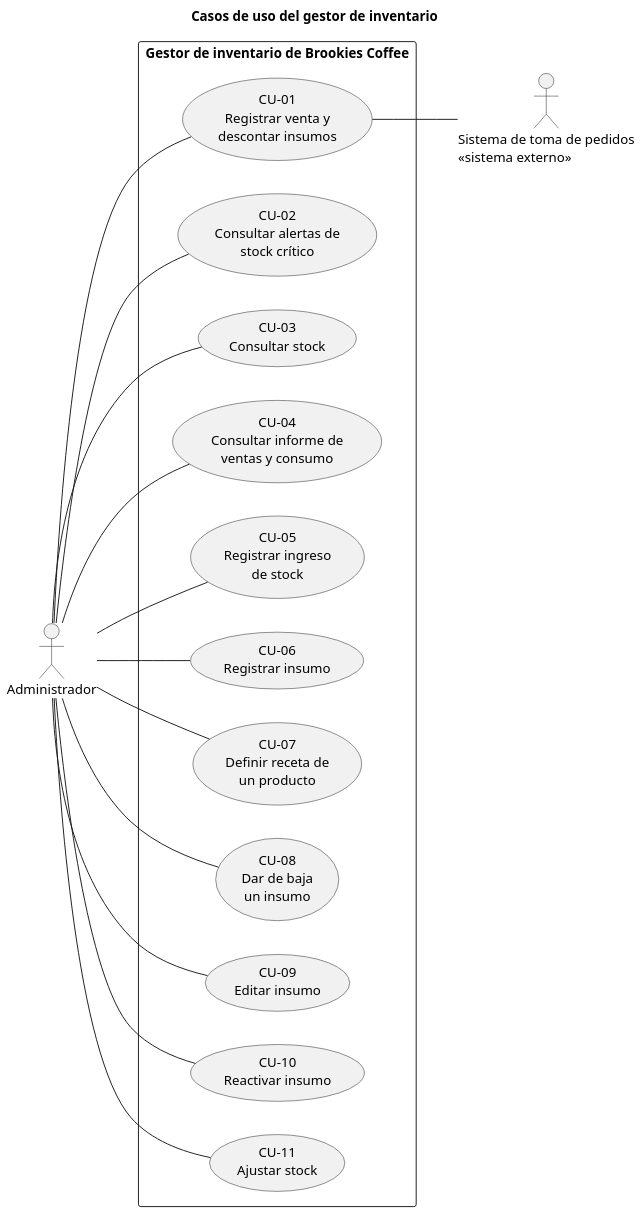
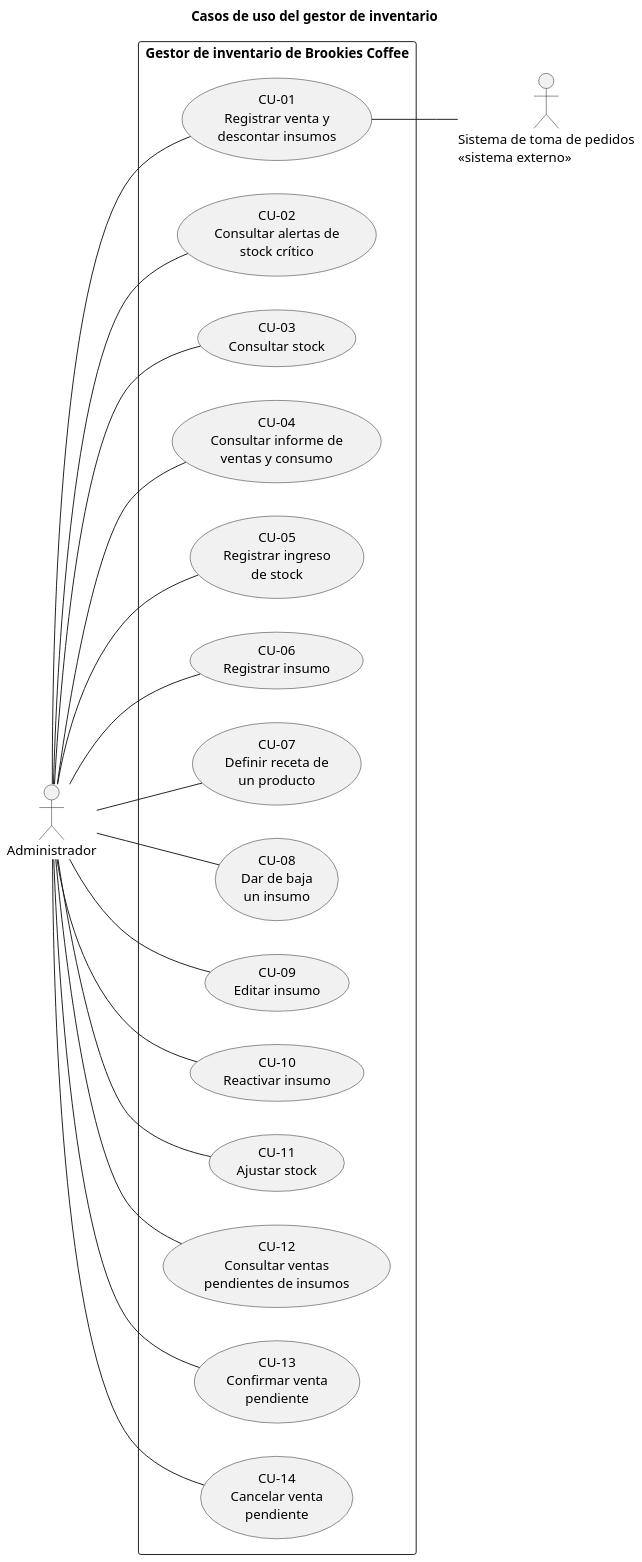
One commit to lambtto/Gestor-Inventario-Brookie changed the diagram in diagramas/casos-de-uso.puml. Above: the diagram before and after it, drawn with PlantUML.

```diff
--- a/diagramas/casos-de-uso.puml
+++ b/diagramas/casos-de-uso.puml
@@ -1,34 +1,40 @@
 @startuml casos-de-uso
 title Casos de uso del gestor de inventario
 skinparam dpi 140
 left to right direction
 actor "Administrador" as Adm
 actor "Sistema de toma de pedidos\n<<sistema externo>>" as SP
 
 rectangle "Gestor de inventario de Brookies Coffee" {
   usecase "CU-01\nRegistrar venta y\ndescontar insumos" as CU01
   usecase "CU-02\nConsultar alertas de\nstock crítico" as CU02
   usecase "CU-03\nConsultar stock" as CU03
   usecase "CU-04\nConsultar informe de\nventas y consumo" as CU04
   usecase "CU-05\nRegistrar ingreso\nde stock" as CU05
   usecase "CU-06\nRegistrar insumo" as CU06
   usecase "CU-07\nDefinir receta de\nun producto" as CU07
   usecase "CU-08\nDar de baja\nun insumo" as CU08
   usecase "CU-09\nEditar insumo" as CU09
   usecase "CU-10\nReactivar insumo" as CU10
   usecase "CU-11\nAjustar stock" as CU11
+  usecase "CU-12\nConsultar ventas\npendientes de insumos" as CU12
+  usecase "CU-13\nConfirmar venta\npendiente" as CU13
+  usecase "CU-14\nCancelar venta\npendiente" as CU14
 }
 
 Adm -- CU01
 Adm -- CU02
 Adm -- CU03
 Adm -- CU04
 Adm -- CU05
 Adm -- CU06
 Adm -- CU07
 Adm -- CU08
 Adm -- CU09
 Adm -- CU10
 Adm -- CU11
+Adm -- CU12
+Adm -- CU13
+Adm -- CU14
 CU01 -- SP
 @enduml
```
